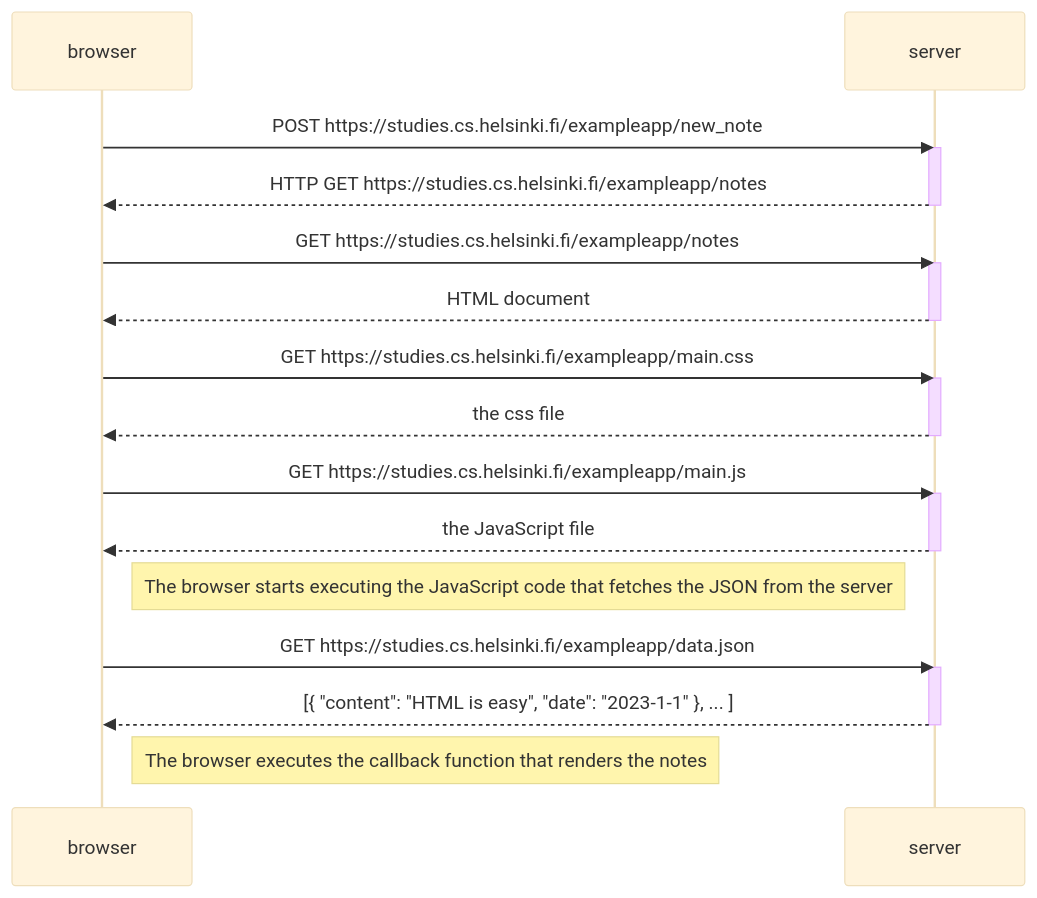
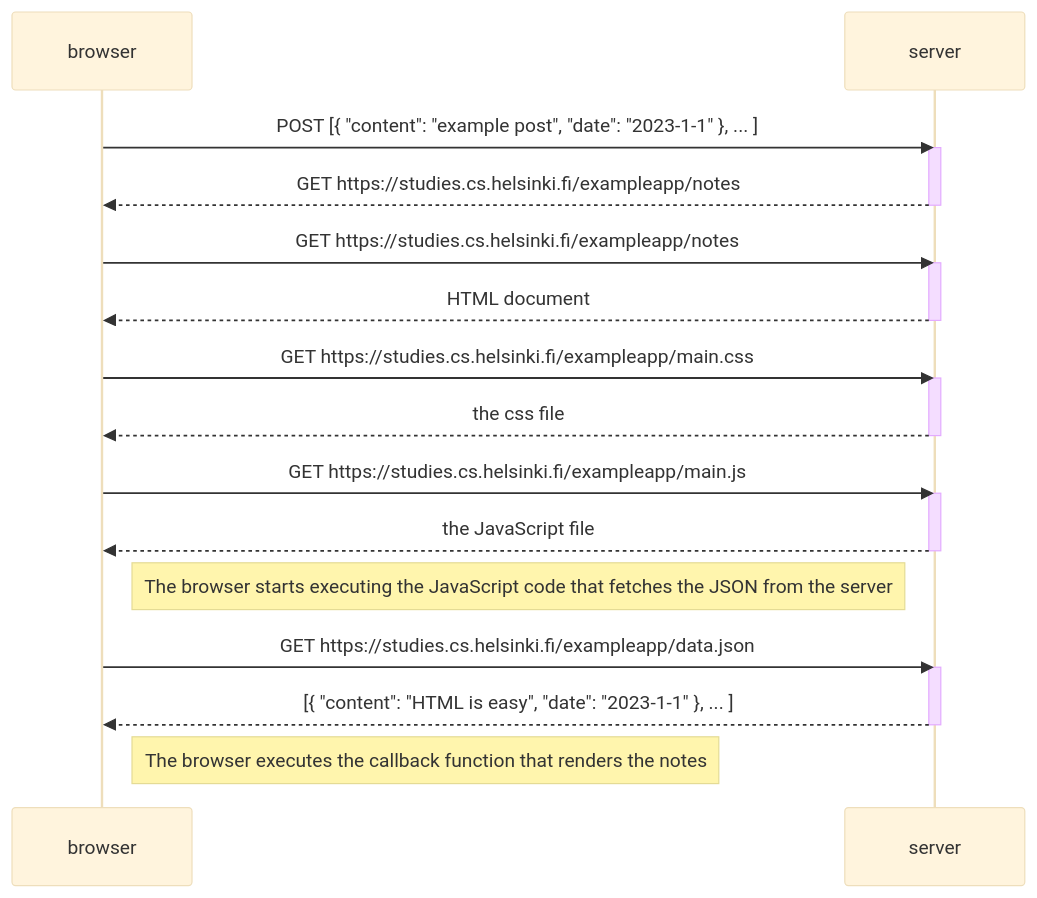
Before and after one commit to blackbear216/Fullstack-Open-Part-0: the diagram in 04_new_note_diagram.md, drawn with Mermaid (base theme).

Commit message:
Change POST content

````diff
--- a/04_new_note_diagram.md
+++ b/04_new_note_diagram.md
@@ -1,34 +1,34 @@
 ```mermaid
 sequenceDiagram
     participant browser
     participant server
 
-    browser->>server: POST https://studies.cs.helsinki.fi/exampleapp/new_note
+    browser->>server: POST [{ "content": "example post", "date": "2023-1-1" }, ... ]
     activate server
-    server-->>browser: HTTP GET https://studies.cs.helsinki.fi/exampleapp/notes
+    server-->>browser: GET https://studies.cs.helsinki.fi/exampleapp/notes
     deactivate server
 
     browser->>server: GET https://studies.cs.helsinki.fi/exampleapp/notes
     activate server
     server-->>browser: HTML document
     deactivate server
 
     browser->>server: GET https://studies.cs.helsinki.fi/exampleapp/main.css
     activate server
     server-->>browser: the css file
     deactivate server
 
     browser->>server: GET https://studies.cs.helsinki.fi/exampleapp/main.js
     activate server
     server-->>browser: the JavaScript file
     deactivate server
 
     Note right of browser: The browser starts executing the JavaScript code that fetches the JSON from the server
 
     browser->>server: GET https://studies.cs.helsinki.fi/exampleapp/data.json
     activate server
     server-->>browser: [{ "content": "HTML is easy", "date": "2023-1-1" }, ... ]
     deactivate server
 
     Note right of browser: The browser executes the callback function that renders the notes
 ```
````
